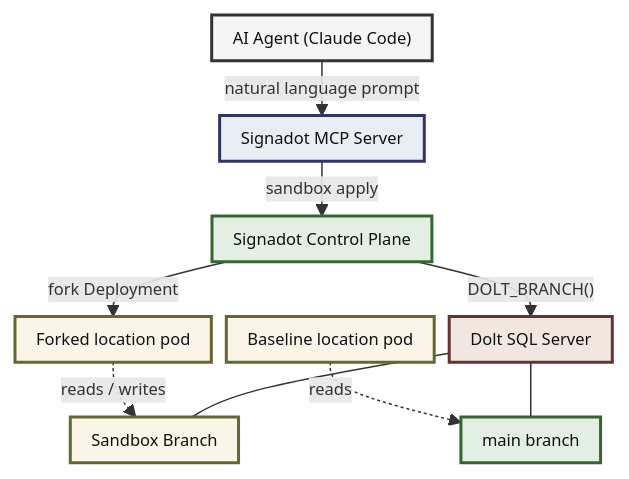
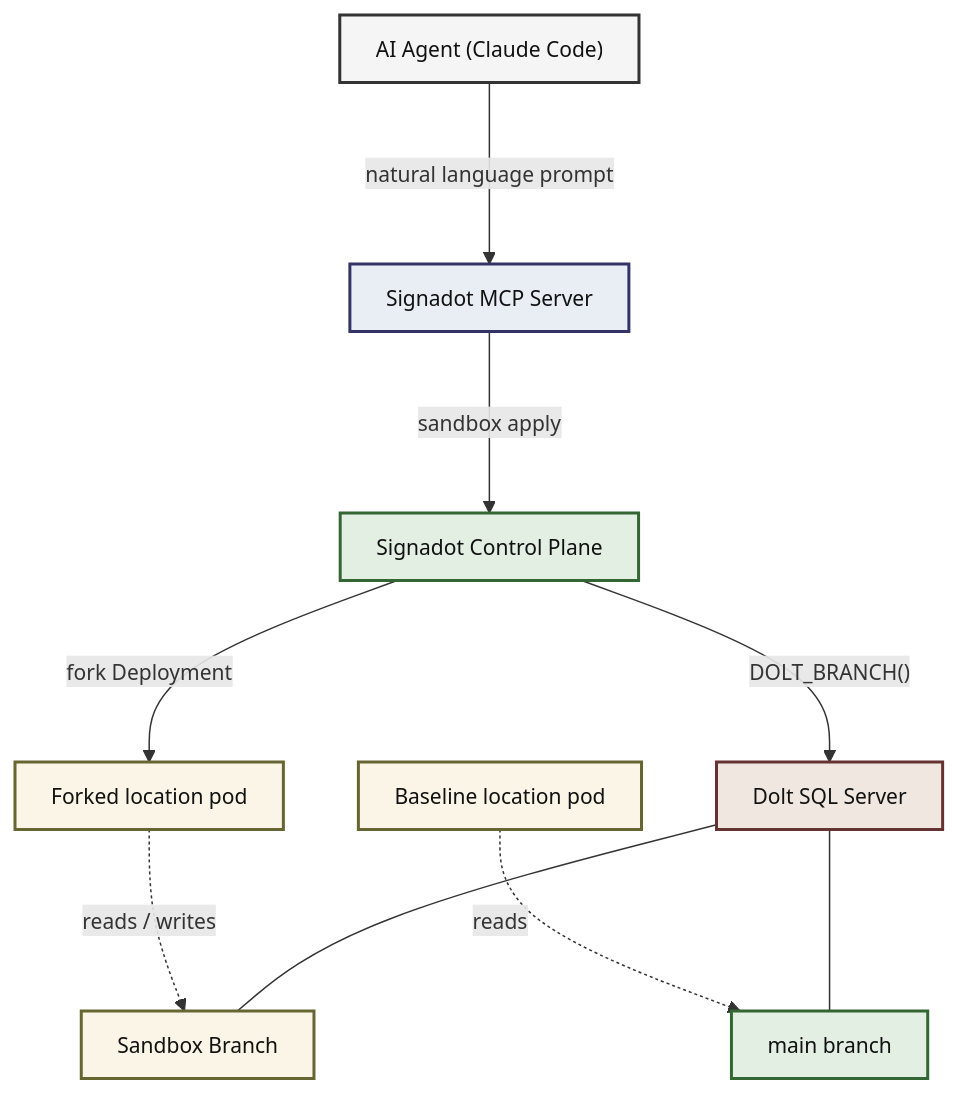
One commit to signadot/examples changed the diagram in dolt-tutorial/README.md. Above: the diagram before and after it, drawn with Mermaid.

Commit message:
Update tutorial

````diff
--- a/dolt-tutorial/README.md
+++ b/dolt-tutorial/README.md
@@ -29,41 +29,41 @@
 ```mermaid
 ---
 config:
   theme: default
   flowchart:
-    nodeSpacing: 10
-    rankSpacing: 20
-    padding: 7
+    nodeSpacing: 50
+    rankSpacing: 100
+    padding: 12
   themeVariables:
-    fontSize: 11px
+    fontSize: 14px
     fontFamily: monospace
 ---
 
 flowchart TB
     Agent["AI Agent (Claude Code)"]
     MCP["Signadot MCP Server"]
     Signadot["Signadot Control Plane"]
     Fork["Forked location pod"]
     Baseline["Baseline location pod"]
     Dolt["Dolt SQL Server"]
     Main["main branch"]
     Branch["Sandbox Branch"]
 
     Agent -- "natural language prompt" --> MCP
     MCP -- "sandbox apply" --> Signadot
     Signadot -- "fork Deployment" --> Fork
     Signadot -- "DOLT_BRANCH()" --> Dolt
     Baseline -. "reads" .-> Main
     Fork -. "reads / writes" .-> Branch
     Dolt --- Main
     Dolt --- Branch
 
     style Agent fill:#f5f5f5,stroke:#333,stroke-width:2px,color:#111
     style MCP fill:#e8eef4,stroke:#336,stroke-width:2px,color:#111
     style Signadot fill:#e4efe4,stroke:#363,stroke-width:2px,color:#111
     style Fork fill:#faf5e6,stroke:#663,stroke-width:2px,color:#111
     style Baseline fill:#faf5e6,stroke:#663,stroke-width:2px,color:#111
     style Dolt fill:#f0e8e0,stroke:#633,stroke-width:2px,color:#111
     style Main fill:#e4efe4,stroke:#363,stroke-width:2px,color:#111
     style Branch fill:#faf5e6,stroke:#663,stroke-width:2px,color:#111
 ```
````
